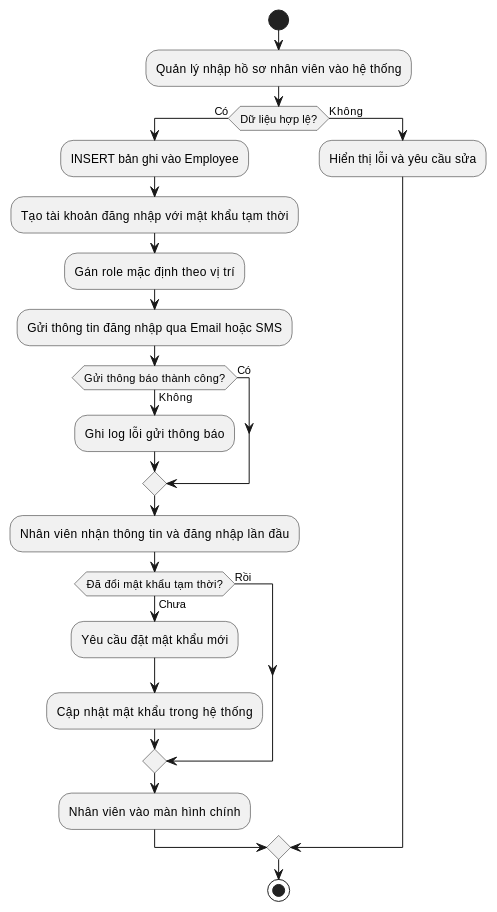
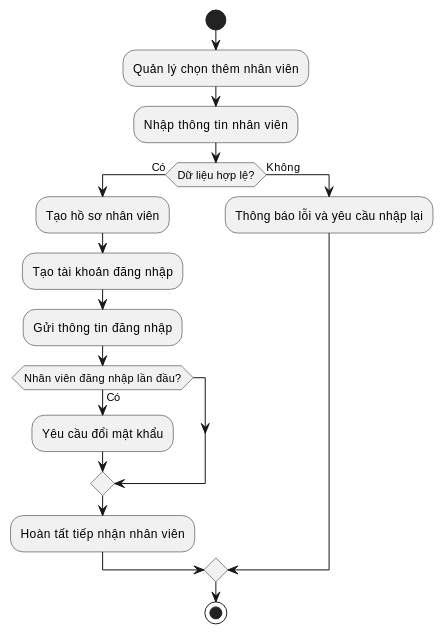
One commit to Elkayee/doc-automation-suite changed the second of 2 diagrams in chapters/Ch09_CHƯƠNG_7_NGHIÊN_CỨU_CHUYÊN_SÂU_—_USE_CA.md. Above: the diagram before and after it, drawn with PlantUML. The commit also changed other lines of this file and 1 other file, not shown here.

````diff
--- a/chapters/Ch09_CHƯƠNG_7_NGHIÊN_CỨU_CHUYÊN_SÂU_—_USE_CA.md
+++ b/chapters/Ch09_CHƯƠNG_7_NGHIÊN_CỨU_CHUYÊN_SÂU_—_USE_CA.md
@@ -160,26 +101,19 @@
 ```plantuml
 @startuml
 start
-:Quản lý nhập hồ sơ nhân viên vào hệ thống;
+:Quản lý chọn thêm nhân viên;
+:Nhập thông tin nhân viên;
 if (Dữ liệu hợp lệ?) then (Có)
-  :INSERT bản ghi vào Employee;
-  :Tạo tài khoản đăng nhập với mật khẩu tạm thời;
-  :Gán role mặc định theo vị trí;
-  :Gửi thông tin đăng nhập qua Email hoặc SMS;
-  if (Gửi thông báo thành công?) then (Có)
-  else (Không)
-    :Ghi log lỗi gửi thông báo;
+  :Tạo hồ sơ nhân viên;
+  :Tạo tài khoản đăng nhập;
+  :Gửi thông tin đăng nhập;
+  if (Nhân viên đăng nhập lần đầu?) then (Có)
+    :Yêu cầu đổi mật khẩu;
   endif
-  :Nhân viên nhận thông tin và đăng nhập lần đầu;
-  if (Đã đổi mật khẩu tạm thời?) then (Rồi)
-  else (Chưa)
-    :Yêu cầu đặt mật khẩu mới;
-    :Cập nhật mật khẩu trong hệ thống;
-  endif
-  :Nhân viên vào màn hình chính;
+  :Hoàn tất tiếp nhận nhân viên;
 else (Không)
-  :Hiển thị lỗi và yêu cầu sửa;
+  :Thông báo lỗi và yêu cầu nhập lại;
 endif
 stop
 @enduml
 ```
````
